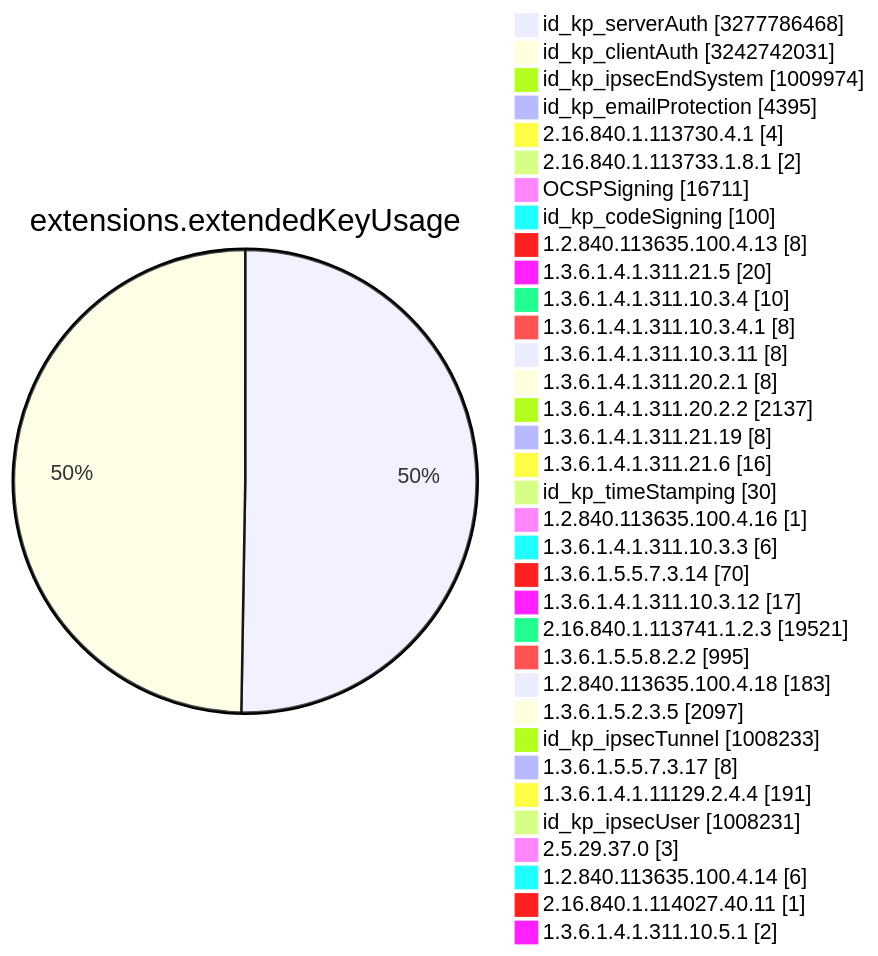
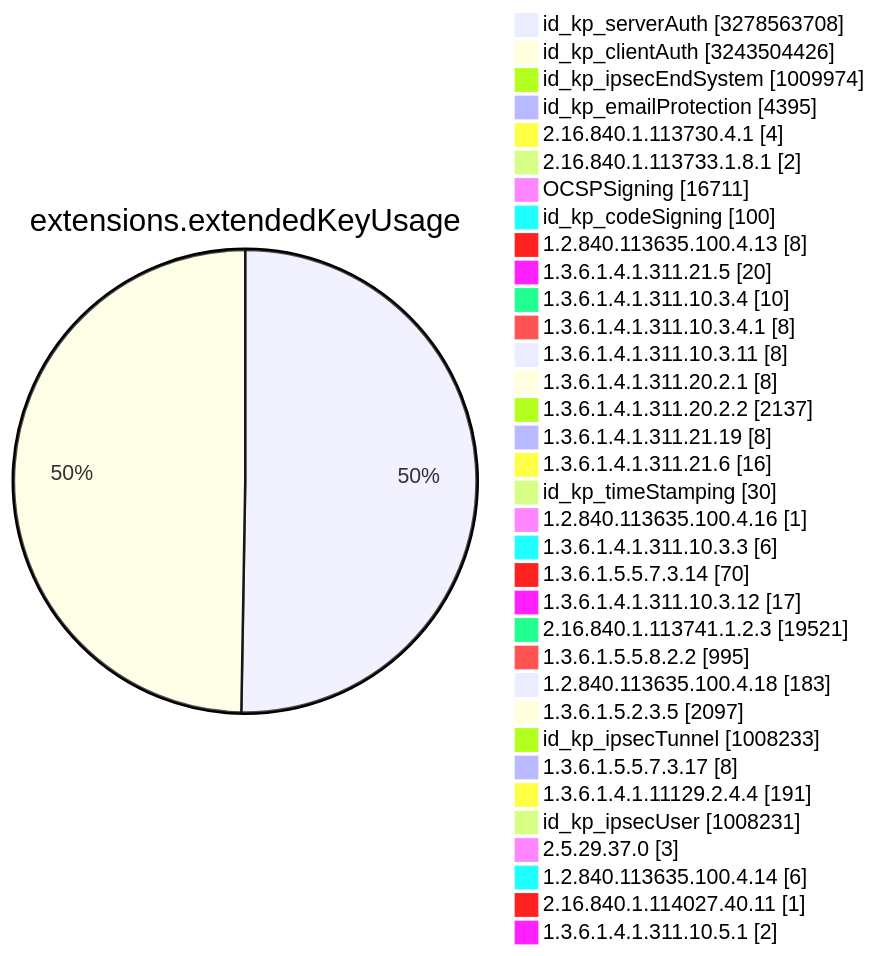
Diagram 11 of 15 in TOTAL/README.md (christiankrug/ctmonitor_visualization), drawn with Mermaid before and after one commit. The commit also changed other lines of this file, not shown here.

````diff
--- a/TOTAL/README.md
+++ b/TOTAL/README.md
@@ -4119,38 +4119,38 @@
 ```mermaid
 pie showData
 title extensions.extendedKeyUsage
-"id_kp_serverAuth" :3277786468
-"id_kp_clientAuth" :3242742031
+"id_kp_serverAuth" :3278563708
+"id_kp_clientAuth" :3243504426
 "id_kp_ipsecEndSystem" :1009974
 "id_kp_emailProtection" :4395
 "2.16.840.1.113730.4.1" :4
 "2.16.840.1.113733.1.8.1" :2
 "OCSPSigning" :16711
 "id_kp_codeSigning" :100
 "1.2.840.113635.100.4.13" :8
 "1.3.6.1.4.1.311.21.5" :20
 "1.3.6.1.4.1.311.10.3.4" :10
 "1.3.6.1.4.1.311.10.3.4.1" :8
 "1.3.6.1.4.1.311.10.3.11" :8
 "1.3.6.1.4.1.311.20.2.1" :8
 "1.3.6.1.4.1.311.20.2.2" :2137
 "1.3.6.1.4.1.311.21.19" :8
 "1.3.6.1.4.1.311.21.6" :16
 "id_kp_timeStamping" :30
 "1.2.840.113635.100.4.16" :1
 "1.3.6.1.4.1.311.10.3.3" :6
 "1.3.6.1.5.5.7.3.14" :70
 "1.3.6.1.4.1.311.10.3.12" :17
 "2.16.840.1.113741.1.2.3" :19521
 "1.3.6.1.5.5.8.2.2" :995
 "1.2.840.113635.100.4.18" :183
 "1.3.6.1.5.2.3.5" :2097
 "id_kp_ipsecTunnel" :1008233
 "1.3.6.1.5.5.7.3.17" :8
 "1.3.6.1.4.1.11129.2.4.4" :191
 "id_kp_ipsecUser" :1008231
 "2.5.29.37.0" :3
 "1.2.840.113635.100.4.14" :6
 "2.16.840.1.114027.40.11" :1
 "1.3.6.1.4.1.311.10.5.1" :2
 ```
````
